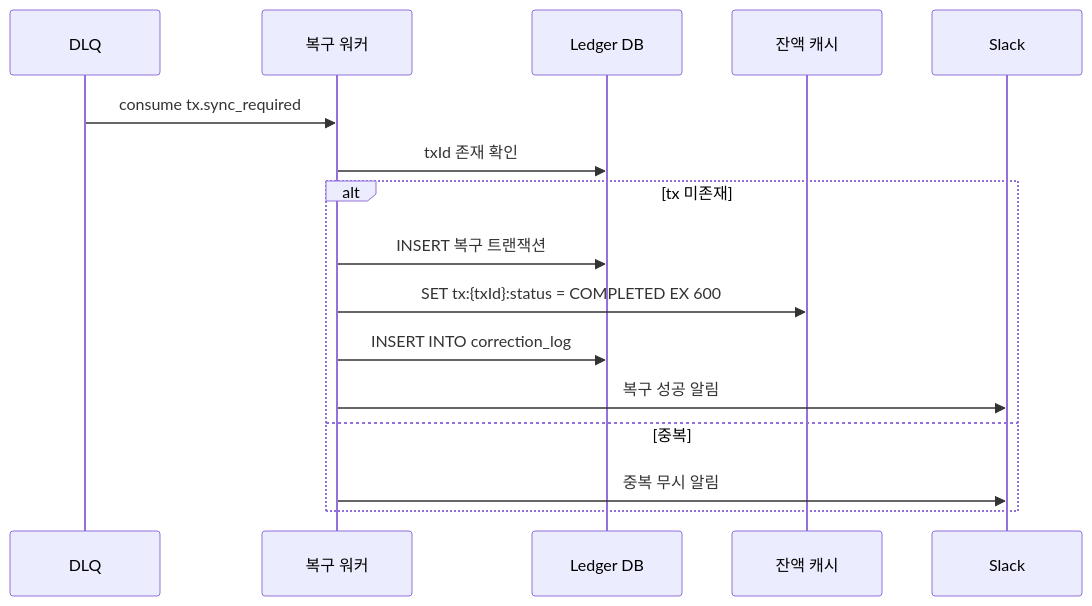
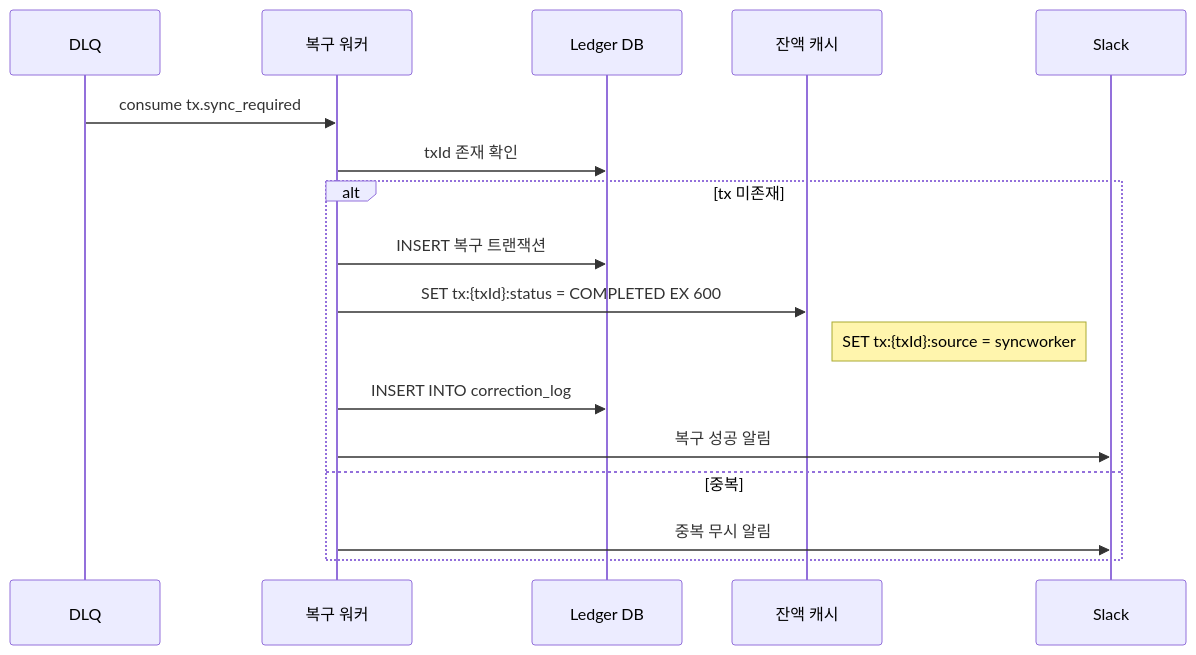
Before and after one commit to hyungkishin/FDS-System: the seventh of 7 diagrams in docs/SequenceDiagram.md, drawn with Mermaid. The commit also changed other lines of this file and 3 other files, not shown here.

Commit message:
fix: ERD / infra ( 이벤트 기반 ) 보완 - account_balance 테이블 추가 - infra 이벤트 기반 uml 수정

````diff
--- a/docs/SequenceDiagram.md
+++ b/docs/SequenceDiagram.md
@@ -171,19 +172,21 @@
 ```mermaid
 sequenceDiagram
     participant DLQ as DLQ
     participant SyncWorker as 복구 워커
     participant RDB as Ledger DB
     participant Redis as 잔액 캐시
     participant Slack as Slack
 
     DLQ->>SyncWorker: consume tx.sync_required
     SyncWorker->>RDB: txId 존재 확인
     alt tx 미존재
         SyncWorker->>RDB: INSERT 복구 트랜잭션
-        SyncWorker->>Redis: SET tx:{txId}:status = COMPLETED EX 600
+
+    SyncWorker->>Redis: SET tx:{txId}:status = COMPLETED EX 600
+    Note right of Redis: SET tx:{txId}:source = syncworker
         SyncWorker->>RDB: INSERT INTO correction_log
         SyncWorker->>Slack: 복구 성공 알림
     else 중복
         SyncWorker->>Slack: 중복 무시 알림
     end
 ```
````
